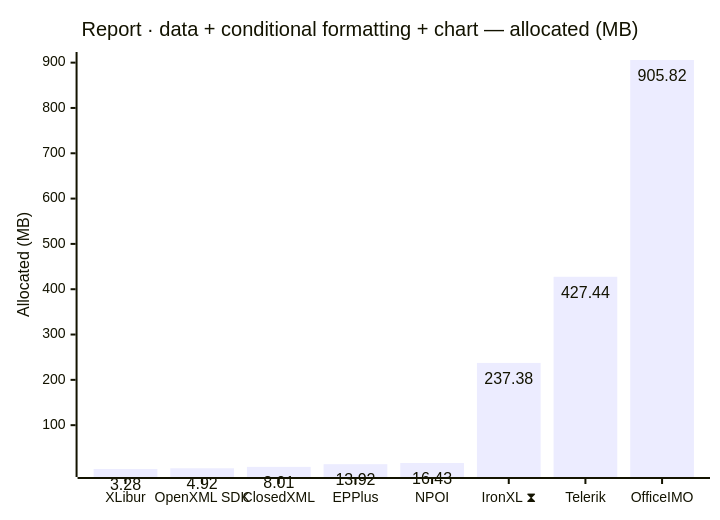
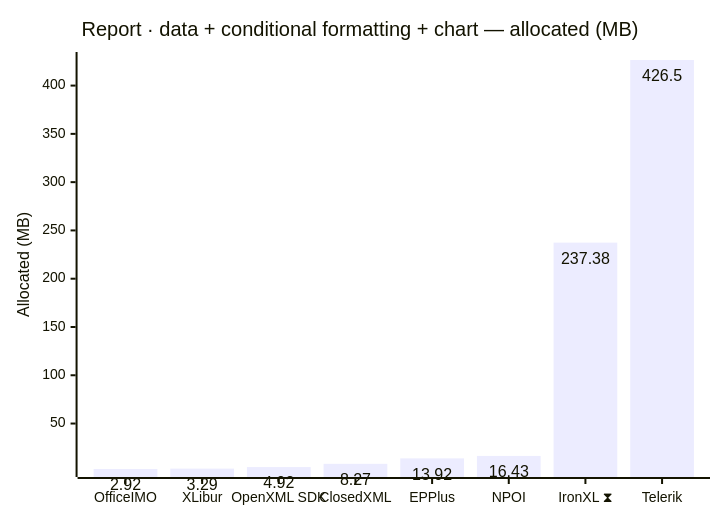
One commit to jafin/XLBench changed the tenth of 18 diagrams in docs/results.md. Above: the diagram before and after it, drawn with Mermaid. The commit also changed other lines of this file and 2 other files, not shown here.

First line of the commit message:
Publish full-fidelity results for OfficeIMO 3.6.2, MiniExcel 2.0.0, XLibur 0.900.0, EPPlus 8.7.3 and Telerik 2026.4.1127

````diff
--- a/docs/results.md
+++ b/docs/results.md
@@ -159,12 +159,12 @@
 ```mermaid
 ---
 config:
   xyChart:
     showDataLabel: true
 ---
 xychart-beta
     title "Report · data + conditional formatting + chart — allocated (MB)"
-    x-axis ["XLibur", "OpenXML SDK", "ClosedXML", "EPPlus", "NPOI", "IronXL ⧗", "Telerik", "OfficeIMO"]
+    x-axis ["OfficeIMO", "XLibur", "OpenXML SDK", "ClosedXML", "EPPlus", "NPOI", "IronXL ⧗", "Telerik"]
     y-axis "Allocated (MB)"
-    bar [3.28, 4.92, 8.01, 13.92, 16.43, 237.38, 427.44, 905.82]
+    bar [2.92, 3.29, 4.92, 8.27, 13.92, 16.43, 237.38, 426.5]
 ```
````
